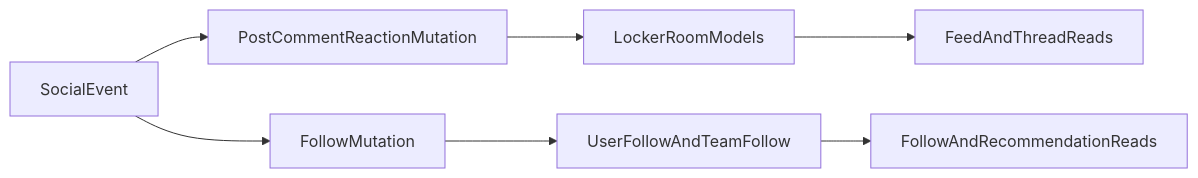
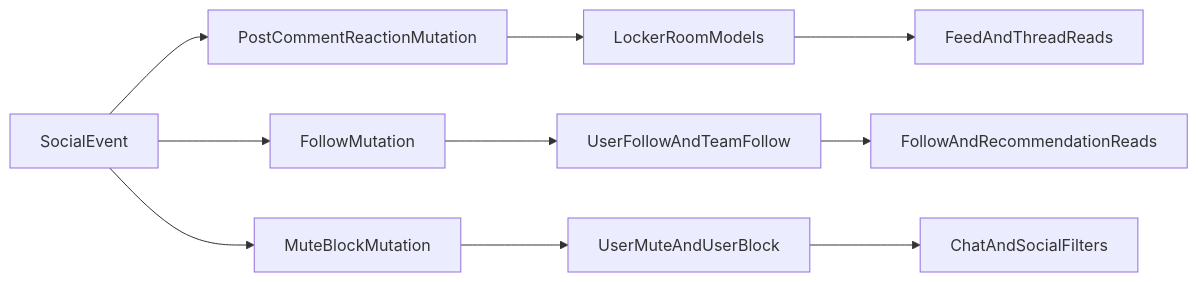
Before and after one commit to D-Sports-Ecosystem/docs: the diagram in repositories/d-sports-api/social-locker-room/architecture.mdx, drawn with Mermaid. The commit also changed other lines of this file and 8 other files, not shown here.

First line of the commit message:
docs: sync mute/block OpenAPI and native 1.24.1

````diff
--- a/repositories/d-sports-api/social-locker-room/architecture.mdx
+++ b/repositories/d-sports-api/social-locker-room/architecture.mdx
@@ -31,9 +35,12 @@
 ```mermaid
 flowchart LR
   socialEvent[SocialEvent] --> postMutation[PostCommentReactionMutation]
   socialEvent --> followMutation[FollowMutation]
+  socialEvent --> safetyMutation[MuteBlockMutation]
   postMutation --> socialModels[LockerRoomModels]
   followMutation --> followModels[UserFollowAndTeamFollow]
+  safetyMutation --> safetyModels[UserMuteAndUserBlock]
   socialModels --> feedRead[FeedAndThreadReads]
   followModels --> recommendRead[FollowAndRecommendationReads]
+  safetyModels --> filteredReads[ChatAndSocialFilters]
 ```
````
